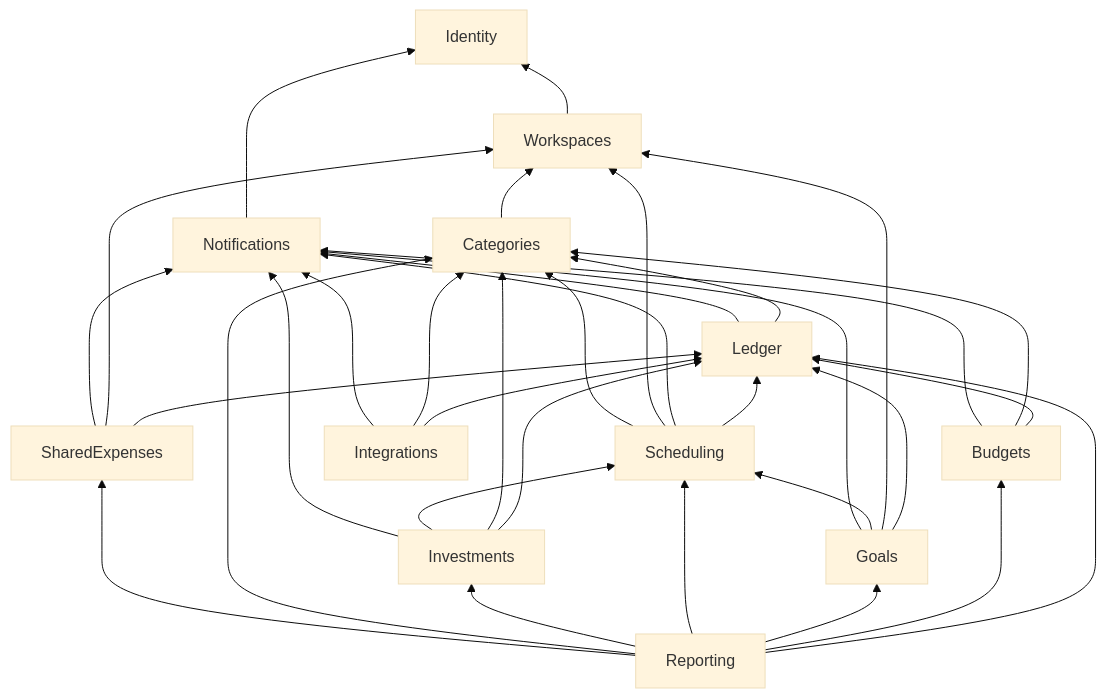
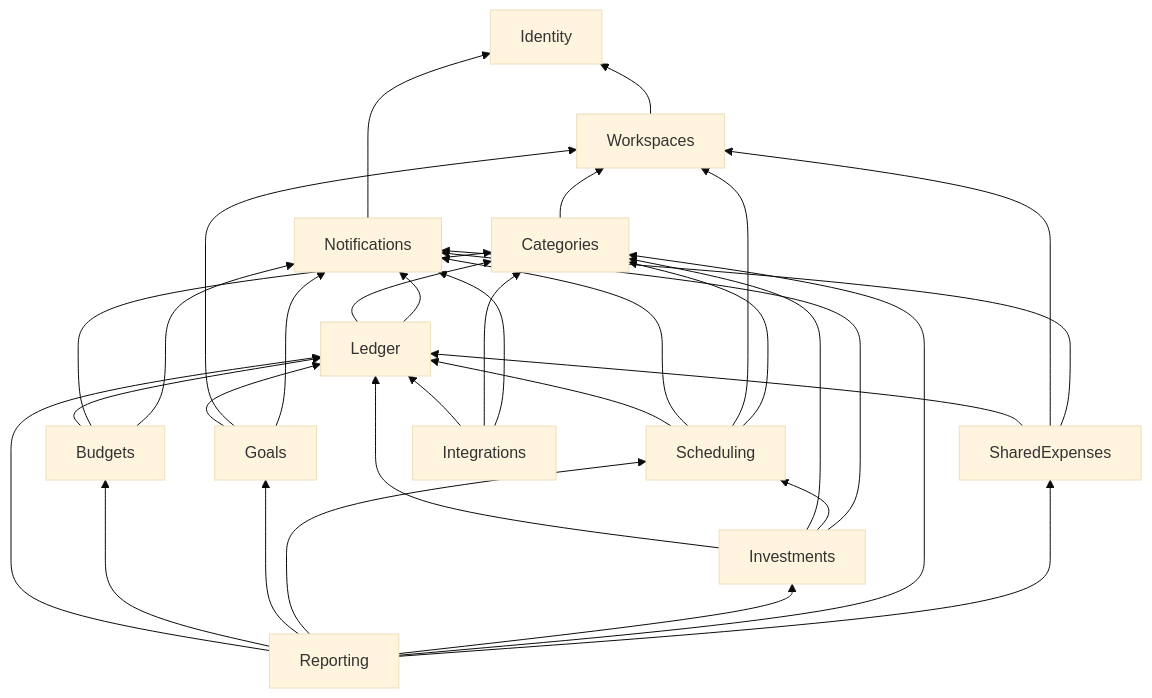
One commit to TorresMBA/finanzas-hub-api changed the diagram in docs/diagrams/modules.md. Above: the diagram before and after it, drawn with Mermaid (base theme). The commit also changed other lines of this file and 21 other files, not shown here.

````diff
--- a/docs/diagrams/modules.md
+++ b/docs/diagrams/modules.md
@@ -3,49 +3,48 @@
 ```mermaid
 flowchart BT
     ID["Identity"]
     WS["Workspaces"]
     NT["Notifications"]
     CT["Categories"]
     LG["Ledger"]
     SC["Scheduling"]
     BD["Budgets"]
     GL["Goals"]
     SE["SharedExpenses"]
     IN["Integrations"]
     IV["Investments"]
     RP["Reporting"]
 
     WS --> ID
     NT --> ID
     CT --> WS
     LG --> CT
     LG --> NT
     SC --> LG
     SC --> NT
     SC --> WS
     SC --> CT
     BD --> LG
     BD --> CT
     BD --> NT
     GL --> LG
     GL --> WS
-    GL --> SC
     GL --> NT
     SE --> LG
     SE --> WS
     SE --> NT
     IN --> LG
     IN --> CT
     IN --> NT
     IV --> LG
     IV --> CT
     IV --> SC
     IV --> NT
     RP --> LG
     RP --> BD
     RP --> GL
     RP --> SC
     RP --> IV
     RP --> CT
     RP --> SE
 ```
````
